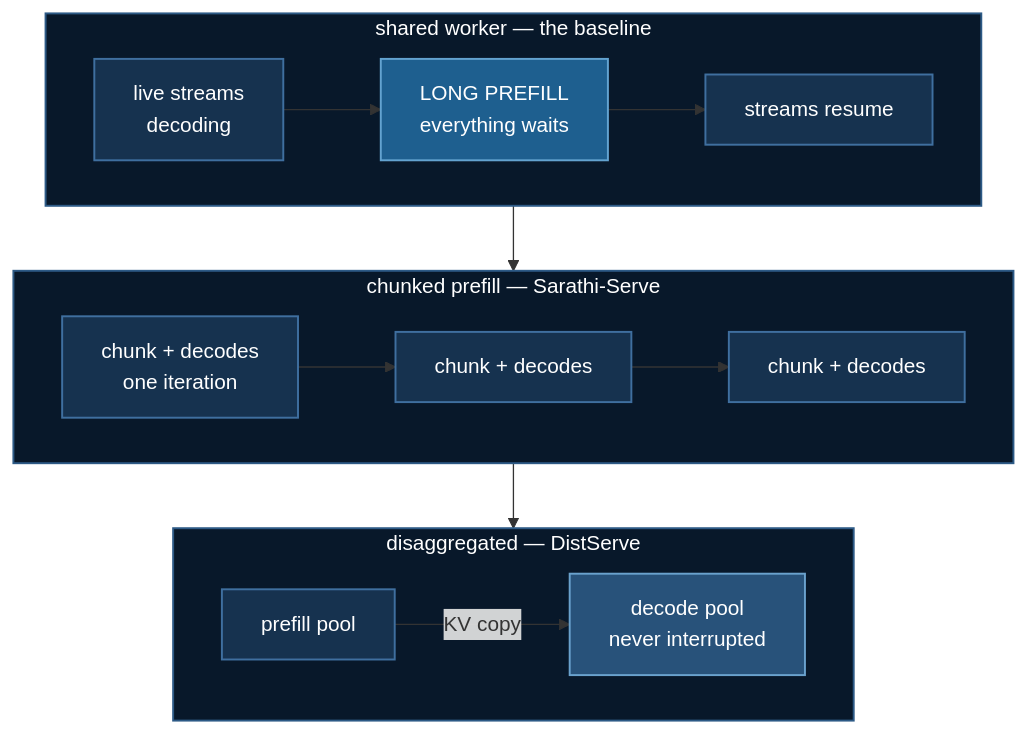
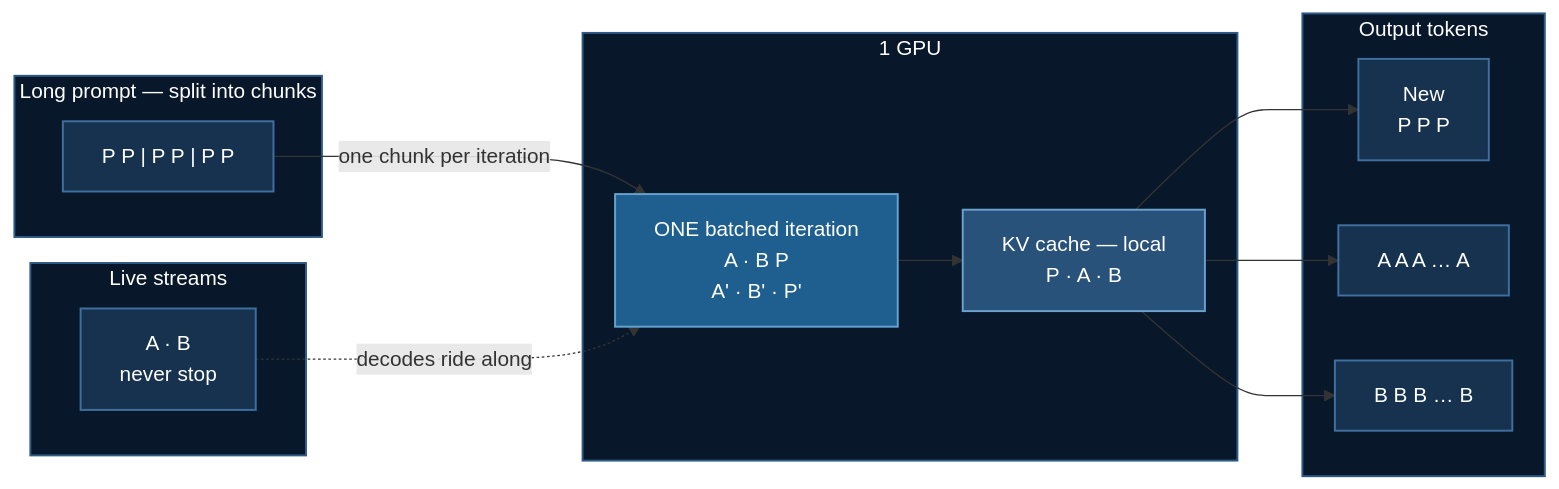
The second of 4 diagrams in docusaurus-docs/docs/tutorials/llms/prefill-decode-scheduling.md (yiqiao-yin/deepspeed-course), drawn with Mermaid before and after one commit. The commit also changed other lines of this file, not shown here.

````diff
--- a/docusaurus-docs/docs/tutorials/llms/prefill-decode-scheduling.md
+++ b/docusaurus-docs/docs/tutorials/llms/prefill-decode-scheduling.md
@@ -23,30 +74,36 @@
 ```mermaid
-flowchart TB
-    subgraph SH["shared worker — the baseline"]
-        direction LR
-        S1["live streams<br/>decoding"] --> S2["LONG PREFILL<br/>everything waits"] --> S3["streams resume"]
+flowchart LR
+    subgraph IN2["Long prompt — split into chunks"]
+        C2["P P | P P | P P"]
+    end
+    subgraph LS2["Live streams"]
+        AB2["A · B<br/>never stop"]
+    end
+    subgraph G2["1 GPU"]
+        B2["ONE batched iteration<br/>A · B  P<br/>A' · B' · P'"]
+        KV2["KV cache — local<br/>P · A · B"]
+    end
+    subgraph O2["Output tokens"]
+        N2["New<br/>P P P"]
+        OA2["A A A … A"]
+        OB2["B B B … B"]
     end
 
-    subgraph CH["chunked prefill — Sarathi-Serve"]
-        direction LR
-        C1["chunk + decodes<br/>one iteration"] --> C2["chunk + decodes"] --> C3["chunk + decodes"]
-    end
-
-    subgraph DI["disaggregated — DistServe"]
-        direction LR
-        D1["prefill pool"] -->|"KV copy"| D2["decode pool<br/>never interrupted"]
-    end
-
-    SH --> CH --> DI
+    C2 -->|"one chunk per iteration"| B2
+    AB2 -.->|"decodes ride along"| B2
+    B2 --> KV2
+    KV2 --> N2
+    KV2 --> OA2
+    KV2 --> OB2
 
     classDef deep   fill:#08182a,stroke:#2d5a86,stroke-width:1.5px,color:#ffffff
     classDef dark   fill:#0a1f33,stroke:#2d5a86,stroke-width:1.5px,color:#ffffff
     classDef base   fill:#16324f,stroke:#3f6f9f,stroke-width:1.5px,color:#ffffff
     classDef bright fill:#1e5f8f,stroke:#63a3d0,stroke-width:1.5px,color:#ffffff
     classDef steel  fill:#28527a,stroke:#6aa2cd,stroke-width:1.5px,color:#ffffff
 
-    class SH,CH,DI deep
-    class S1,S3,C1,C2,C3,D1 base
-    class S2 bright
-    class D2 steel
+    class IN2,LS2,G2,O2 deep
+    class C2,AB2,N2,OA2,OB2 base
+    class KV2 steel
+    class B2 bright
 ```
````
